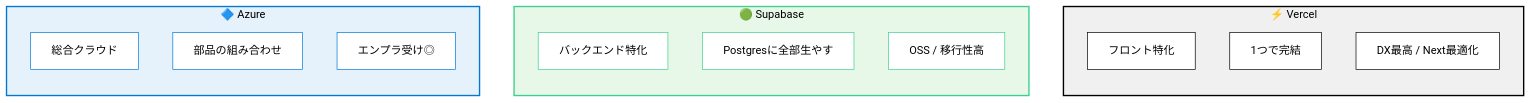
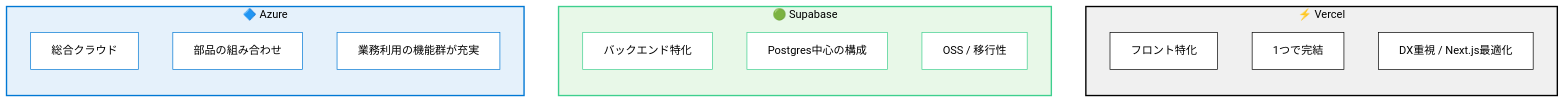
Diagram 34 of 35 in azure/azure.md (kasuyaofcb/tech_docs), drawn with Mermaid before and after one commit. The commit also changed other lines of this file and 1 other file, not shown here.

````diff
--- a/azure/azure.md
+++ b/azure/azure.md
@@ -929,36 +929,36 @@
 ```mermaid
 flowchart TB
     subgraph VC["⚡ Vercel"]
         direction TB
         V1["フロント特化"]
         V2["1つで完結"]
-        V3["DX最高 / Next最適化"]
+        V3["DX重視 / Next.js最適化"]
     end
 
     subgraph SP["🟢 Supabase"]
         direction TB
         SP1["バックエンド特化"]
-        SP2["Postgresに全部生やす"]
-        SP3["OSS / 移行性高"]
+        SP2["Postgres中心の構成"]
+        SP3["OSS / 移行性"]
     end
 
     subgraph AZ["🔷 Azure"]
         direction TB
         A1["総合クラウド"]
         A2["部品の組み合わせ"]
-        A3["エンプラ受け◎"]
+        A3["業務利用の機能群が充実"]
     end
 
     style VC fill:#F0F0F0,stroke:#000,stroke-width:2px,color:#000
     style SP fill:#E8F8E8,stroke:#3ECF8E,stroke-width:2px,color:#000
     style AZ fill:#E5F1FB,stroke:#0078D4,stroke-width:2px,color:#000
     style V1 fill:#fff,color:#000,stroke:#000
     style V2 fill:#fff,color:#000,stroke:#000
     style V3 fill:#fff,color:#000,stroke:#000
     style SP1 fill:#fff,color:#000,stroke:#3ECF8E
     style SP2 fill:#fff,color:#000,stroke:#3ECF8E
     style SP3 fill:#fff,color:#000,stroke:#3ECF8E
     style A1 fill:#fff,color:#000,stroke:#0078D4
     style A2 fill:#fff,color:#000,stroke:#0078D4
     style A3 fill:#fff,color:#000,stroke:#0078D4
 ```
````
